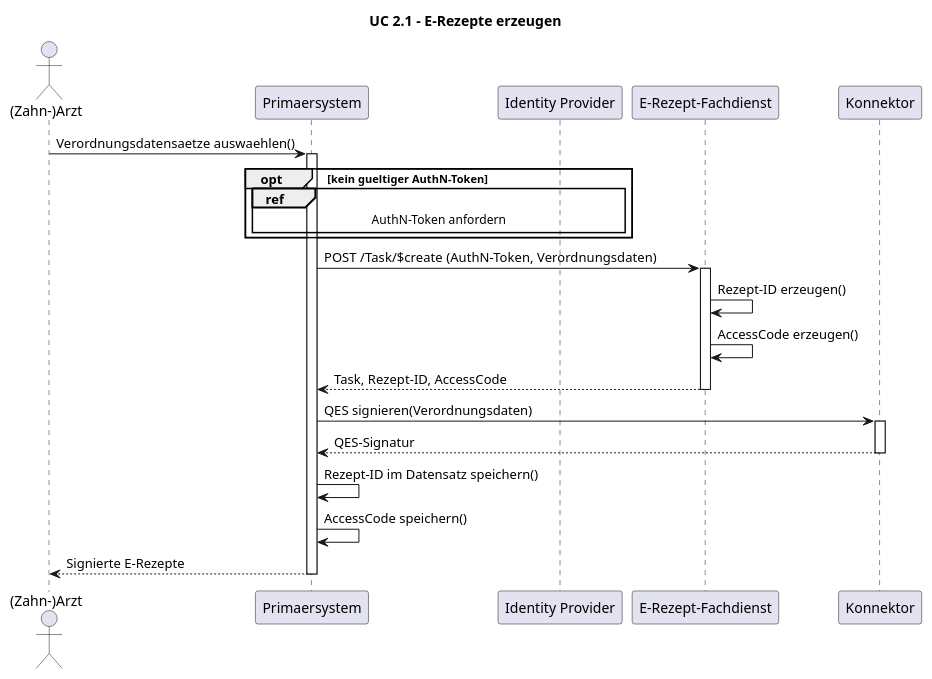
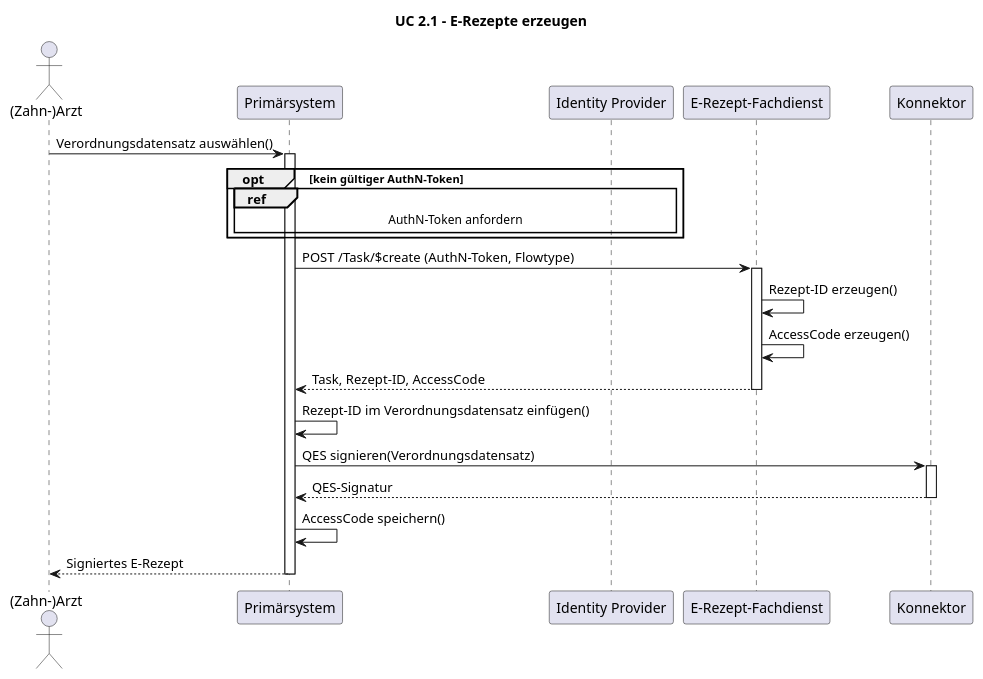
The diagram in igs/rx/input/images-source/seq-uc-2-1-e-rezepte-erzeugen.plantuml (gematik/fhir-igs-workflow), drawn with PlantUML before and after one commit. The commit also changed 28 other files, not shown here.

```diff
--- a/igs/rx/input/images-source/seq-uc-2-1-e-rezepte-erzeugen.plantuml
+++ b/igs/rx/input/images-source/seq-uc-2-1-e-rezepte-erzeugen.plantuml
@@ -1,34 +1,35 @@
 @startuml
 title UC 2.1 - E-Rezepte erzeugen
 
 actor "(Zahn-)Arzt" as Arzt
-participant "Primaersystem" as PS
+participant "Primärsystem" as PS
 participant "Identity Provider" as IDP
 participant "E-Rezept-Fachdienst" as FD
 participant "Konnektor" as K
 
-Arzt -> PS: Verordnungsdatensaetze auswaehlen()
+Arzt -> PS: Verordnungsdatensatz auswählen()
 activate PS
 
-opt kein gueltiger AuthN-Token
+opt kein gültiger AuthN-Token
   ref over PS, IDP: AuthN-Token anfordern
 end
 
-PS -> FD: POST /Task/$create (AuthN-Token, Verordnungsdaten)
+PS -> FD: POST /Task/$create (AuthN-Token, Flowtype)
 activate FD
 FD -> FD: Rezept-ID erzeugen()
 FD -> FD: AccessCode erzeugen()
 FD --> PS: Task, Rezept-ID, AccessCode
 deactivate FD
 
-PS -> K: QES signieren(Verordnungsdaten)
+PS -> PS: Rezept-ID im Verordnungsdatensatz einfügen()
+
+PS -> K: QES signieren(Verordnungsdatensatz)
 activate K
 K --> PS: QES-Signatur
 deactivate K
 
-PS -> PS: Rezept-ID im Datensatz speichern()
 PS -> PS: AccessCode speichern()
-PS --> Arzt: Signierte E-Rezepte
+PS --> Arzt: Signiertes E-Rezept
 deactivate PS
 
 @enduml
```
